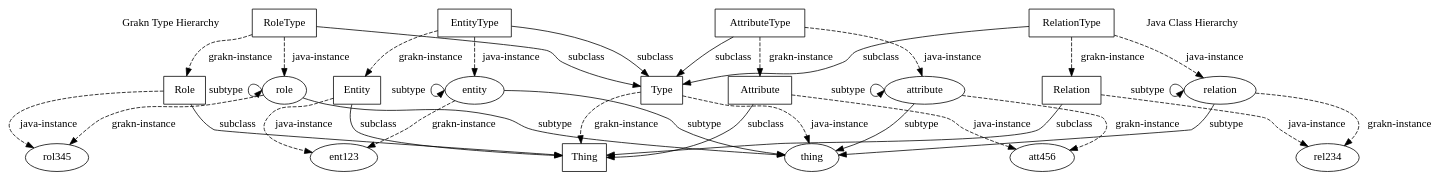
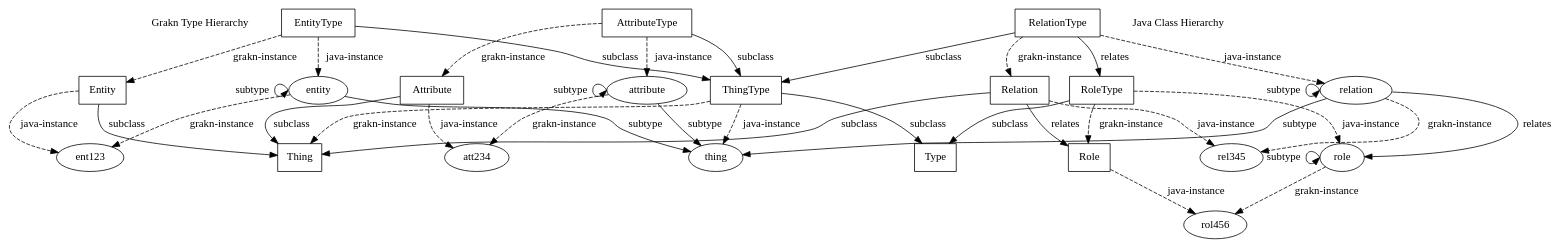
The diagram in diagrams/type-system.dot (typedb/typedb), drawn with Graphviz before and after one commit. The commit also changed 10 other files, not shown here.

First line of the commit message:
Introduce ThingType<T> subclassing Type<T>

```diff
--- a/diagrams/type-system.dot
+++ b/diagrams/type-system.dot
@@ -1,94 +1,97 @@
 digraph hypergraph {
     graph [splines = true]
 
     {
-        GRAKN_HIERARCHY [shape = none, label = "Grakn Type Hierarchy", pos = "3,7.25!"]
+        GRAKN_HIERARCHY [shape = none, label = "Grakn Type Hierarchy", pos = "3,7.5!"]
         node [shape = ellipse]
 
         {
             GRAKN_THING [label = "thing", pos = "3,6.5!"]
-            GRAKN_ENTITY [label = "entity", pos = "0,4.0!"]
+            GRAKN_ENTITY [label = "entity", pos = "6,5.5!"]
+            GRAKN_ATTRIBUTE [label = "attribute", pos = "4,5!"]
             GRAKN_RELATION [label = "relation", pos = "2,4.5!"]
-            GRAKN_ROLE [label = "role", pos = "4,5!"]
-            GRAKN_ATTRIBUTE [label = "attribute", pos = "6,5.5!"]
+            GRAKN_ROLE [label = "role", pos = "0,4.0!"]
 
         }
         {
-            GRAKN_ENT123 [label = "ent123", pos = "0,0!"]
-            GRAKN_REL234 [label = "rel234", pos = "2,0.5!"]
-            GRAKN_ROL345 [label = "rol345", pos = "4,1!"]
-            GRAKN_ATT456 [label = "att456", pos = "6,1.5!"]
+            GRAKN_ENT123 [label = "ent123", pos = "6,1.5!"]
+            GRAKN_ATT234 [label = "att234", pos = "4,1!"]
+            GRAKN_REL345 [label = "rel345", pos = "2,0.5!"]
+            GRAKN_ROL456 [label = "rol456", pos = "0,0!"]
         }
 
         GRAKN_ENTITY -> GRAKN_THING [label = "subtype"]
         GRAKN_ENTITY:w -> GRAKN_ENTITY:w [label = "subtype"]
+        GRAKN_ATTRIBUTE -> GRAKN_THING [label = "subtype"]
+        GRAKN_ATTRIBUTE:w -> GRAKN_ATTRIBUTE:w [label = "subtype"]
         GRAKN_RELATION -> GRAKN_THING [label = "subtype"]
         GRAKN_RELATION:w -> GRAKN_RELATION:w [label = "subtype"]
-        GRAKN_ROLE -> GRAKN_THING [label = "subtype"]
+        GRAKN_RELATION -> GRAKN_ROLE [label = "relates"]
         GRAKN_ROLE:w -> GRAKN_ROLE:w [label = "subtype"]
-        GRAKN_ATTRIBUTE -> GRAKN_THING [label = "subtype"]
-        GRAKN_ATTRIBUTE:w -> GRAKN_ATTRIBUTE:w [label = "subtype"]
 
         {
             edge [style = dashed]
             GRAKN_ENTITY -> GRAKN_ENT123 [label = "grakn-instance"]
-            GRAKN_RELATION -> GRAKN_REL234 [label = "grakn-instance"]
-            GRAKN_ROLE -> GRAKN_ROL345 [label = "grakn-instance"]
-            GRAKN_ATTRIBUTE -> GRAKN_ATT456 [label = "grakn-instance"]
+            GRAKN_ATTRIBUTE -> GRAKN_ATT234 [label = "grakn-instance"]
+            GRAKN_RELATION -> GRAKN_REL345 [label = "grakn-instance"]
+            GRAKN_ROLE -> GRAKN_ROL456 [label = "grakn-instance"]
         }
     }
 
     {
-        JAVA_HIERARCHY [shape = "none", label = "Java Class Hierarchy", pos = "11,7.25!"]
+        JAVA_HIERARCHY [shape = "none", label = "Java Class Hierarchy", pos = "11,7.5!"]
         node [shape = rectangle]
 
         {
-            JAVA_TYPE [label = "Type", pos = "11,6.5!"]
-            JAVA_ATTRIBUTE_TYPE [label = "AttributeType", pos = "8,5.5!"]
-            JAVA_ROLE_TYPE [label = "RoleType", pos = "10,5!"]
+            JAVA_TYPE [label = "Type", pos = "12.5,7!"]
+            JAVA_THING_TYPE [label = "ThingType", pos = "11,6.5!"]
+            JAVA_ENTITY_TYPE [label = "EntityType", pos = "8,5.5!"]
+            JAVA_ATTRIBUTE_TYPE [label = "AttributeType", pos = "10,5!"]
             JAVA_RELATION_TYPE [label = "RelationType", pos = "12,4.5!"]
-            JAVA_ENTITY_TYPE [label = "EntityType", pos = "14,4!"]
+            JAVA_ROLE_TYPE [label = "RoleType", pos = "14,4!"]
         }
         {
             JAVA_THING [label = "Thing", pos = "11,2.5!"]
-            JAVA_ATTRIBUTE [label = "Attribute", pos = "8,1.5!"]
-            JAVA_ROLE [label = "Role", pos = "10,1!"]
+            JAVA_ENTITY [label = "Entity", pos = "8,1.5!"]
+            JAVA_ATTRIBUTE [label = "Attribute", pos = "10,1!"]
             JAVA_RELATION [label = "Relation", pos = "12,0.5!"]
-            JAVA_ENTITY [label = "Entity", pos = "14,0!"]
+            JAVA_ROLE [label = "Role", pos = "14,0!"]
         }
 
-        JAVA_ENTITY_TYPE -> JAVA_TYPE [label = "subclass"]
-        JAVA_RELATION_TYPE -> JAVA_TYPE [label = "subclass"]
+        JAVA_THING_TYPE -> JAVA_TYPE [label = "subclass"]
+        JAVA_ENTITY_TYPE -> JAVA_THING_TYPE [label = "subclass"]
+        JAVA_ATTRIBUTE_TYPE -> JAVA_THING_TYPE [label = "subclass"]
+        JAVA_RELATION_TYPE -> JAVA_THING_TYPE [label = "subclass"]
+        JAVA_RELATION_TYPE -> JAVA_ROLE_TYPE [label = "relates"]
         JAVA_ROLE_TYPE -> JAVA_TYPE [label = "subclass"]
-        JAVA_ATTRIBUTE_TYPE -> JAVA_TYPE [label = "subclass"]
 
         JAVA_ENTITY -> JAVA_THING [label = "subclass"]
+        JAVA_ATTRIBUTE -> JAVA_THING [label = "subclass"]
         JAVA_RELATION -> JAVA_THING [label = "subclass"]
-        JAVA_ROLE -> JAVA_THING [label = "subclass"]
-        JAVA_ATTRIBUTE -> JAVA_THING [label = "subclass"]
+        JAVA_RELATION -> JAVA_ROLE [label = "relates"]
 
         {
             edge [style = dashed]
-            JAVA_TYPE -> JAVA_THING [label = "grakn-instance"]
+            JAVA_THING_TYPE -> JAVA_THING [label = "grakn-instance"]
             JAVA_ENTITY_TYPE -> JAVA_ENTITY [label = "grakn-instance"]
             JAVA_RELATION_TYPE -> JAVA_RELATION [label = "grakn-instance"]
             JAVA_ROLE_TYPE -> JAVA_ROLE [label = "grakn-instance"]
             JAVA_ATTRIBUTE_TYPE -> JAVA_ATTRIBUTE [label = "grakn-instance"]
         }
     }
 
     {
         edge [style = dashed]
 
-        JAVA_TYPE -> GRAKN_THING [label = "java-instance"]
+        JAVA_THING_TYPE -> GRAKN_THING [label = "java-instance"]
         JAVA_ENTITY_TYPE -> GRAKN_ENTITY [label = "java-instance"]
         JAVA_RELATION_TYPE -> GRAKN_RELATION [label = "java-instance"]
         JAVA_ROLE_TYPE -> GRAKN_ROLE [label = "java-instance"]
         JAVA_ATTRIBUTE_TYPE -> GRAKN_ATTRIBUTE [label = "java-instance"]
 
         JAVA_ENTITY -> GRAKN_ENT123 [label = "java-instance"]
-        JAVA_RELATION -> GRAKN_REL234 [label = "java-instance"]
-        JAVA_ROLE -> GRAKN_ROL345 [label = "java-instance"]
-        JAVA_ATTRIBUTE -> GRAKN_ATT456 [label = "java-instance"]
+        JAVA_ATTRIBUTE -> GRAKN_ATT234 [label = "java-instance"]
+        JAVA_RELATION -> GRAKN_REL345 [label = "java-instance"]
+        JAVA_ROLE -> GRAKN_ROL456 [label = "java-instance"]
     }
 }
```
